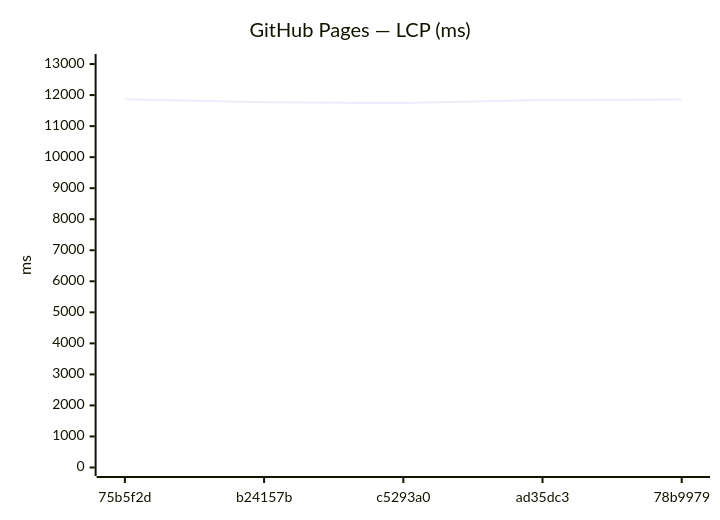
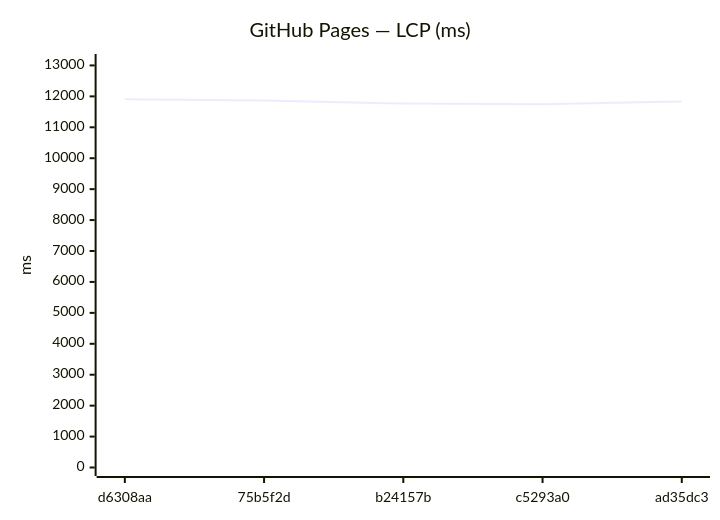
Before and after one commit to Metaheurist/Rianell: diagram 11 of 24 in benchmarks/compare.md, drawn with Mermaid. The commit also changed other lines of this file and 14 other files, not shown here.

````diff
--- a/benchmarks/compare.md
+++ b/benchmarks/compare.md
@@ -169,7 +169,7 @@
 ```mermaid
 xychart-beta
     title "GitHub Pages — LCP (ms)"
-    x-axis ["75b5f2d", "b24157b", "c5293a0", "ad35dc3", "78b9979"]
-    y-axis "ms" 0 --> 13050
-    line [11863, 11768, 11742, 11838, 11855]
+    x-axis ["d6308aa", "75b5f2d", "b24157b", "c5293a0", "ad35dc3"]
+    y-axis "ms" 0 --> 13095
+    line [11904, 11863, 11768, 11742, 11838]
 ```
````
